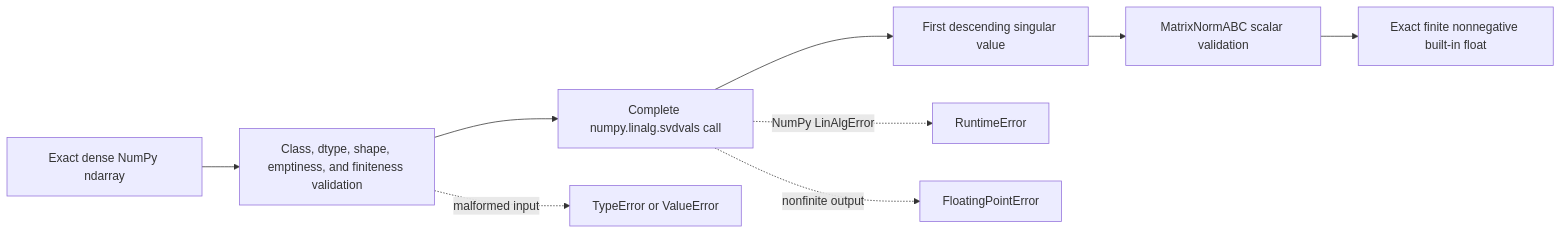
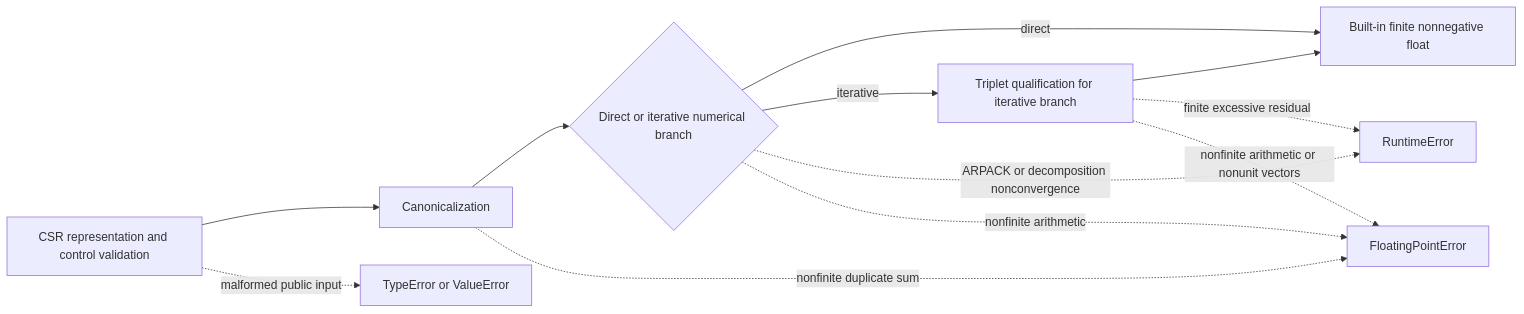
The second of 2 diagrams in docs/architecture/projectkoios/numerics/linalg/spectral_norm/schematics.md (eragasa/projectkoios-optimization), drawn with Mermaid before and after one commit. The commit also changed other lines of this file and 29 other files, not shown here.

Commit message:
Add SciPy CSR spectral norm

````diff
--- a/docs/architecture/projectkoios/numerics/linalg/spectral_norm/schematics.md
+++ b/docs/architecture/projectkoios/numerics/linalg/spectral_norm/schematics.md
@@ -3,14 +28,18 @@
 ```mermaid
 flowchart LR
-    D[Exact dense NumPy ndarray]
-    V[Class, dtype, shape, emptiness, and finiteness validation]
-    S[Complete numpy.linalg.svdvals call]
-    L[First descending singular value]
-    B[MatrixNormABC scalar validation]
-    F[Exact finite nonnegative built-in float]
+    V[CSR representation and control validation]
+    K[Canonicalization]
+    N{Direct or iterative numerical branch}
+    T[Triplet qualification for iterative branch]
+    F[Built-in finite nonnegative float]
 
-    D --> V --> S --> L --> B --> F
-    V -. malformed input .-> X[TypeError or ValueError]
-    S -. NumPy LinAlgError .-> R[RuntimeError]
-    S -. nonfinite output .-> P[FloatingPointError]
+    V --> K --> N
+    N -->|direct| F
+    N -->|iterative| T --> F
+    V -. malformed public input .-> X[TypeError or ValueError]
+    K -. nonfinite duplicate sum .-> P[FloatingPointError]
+    N -. ARPACK or decomposition nonconvergence .-> R[RuntimeError]
+    N -. nonfinite arithmetic .-> P
+    T -. finite excessive residual .-> R
+    T -. nonfinite arithmetic or nonunit vectors .-> P
 ```
````
